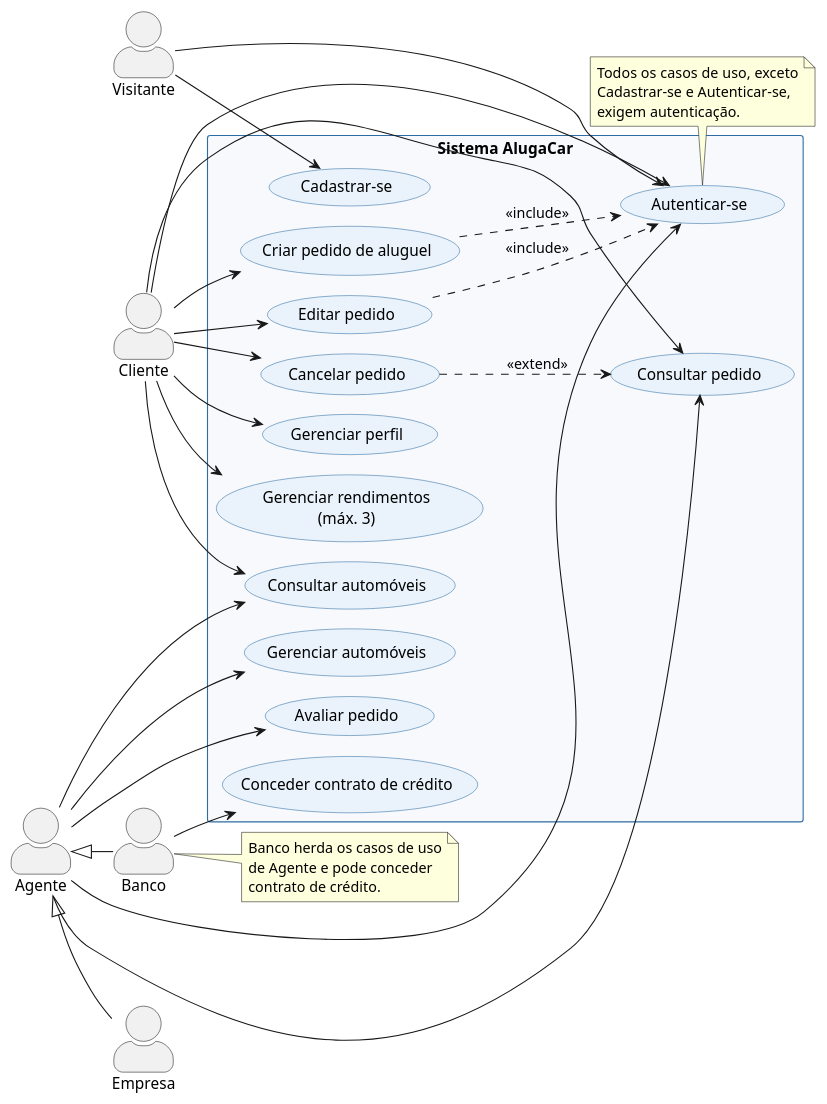
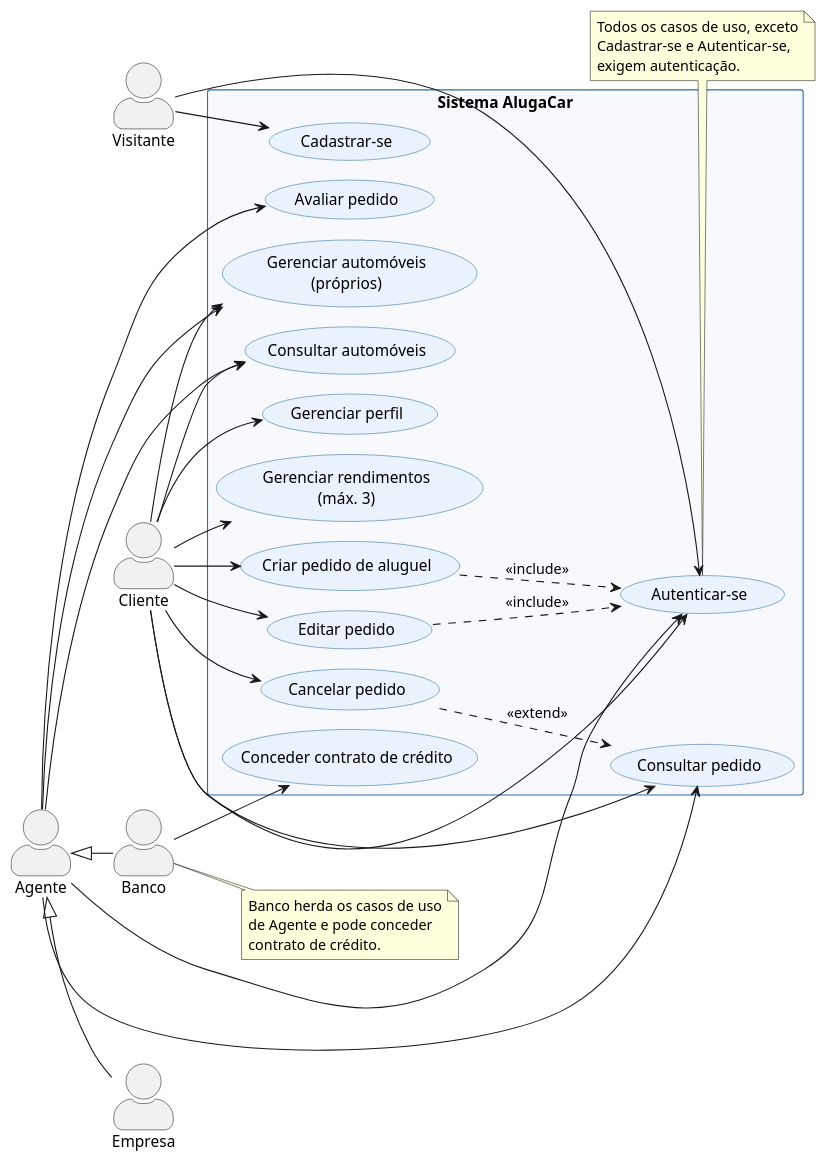
One commit to sophiaferreira1a/AlugaCar changed the diagram in docs/uml/casos-de-uso.puml. Above: the diagram before and after it, drawn with PlantUML. The commit also changed 19 other files, not shown here.

```diff
--- a/docs/uml/casos-de-uso.puml
+++ b/docs/uml/casos-de-uso.puml
@@ -1,76 +1,77 @@
 @startuml casos-de-uso
 !pragma layout smetana
 
 left to right direction
 skinparam backgroundColor #FFFFFF
 skinparam shadowing false
 skinparam actorStyle awesome
 skinparam usecase {
   BackgroundColor #EAF3FB
   BorderColor #2E6DA4
 }
 skinparam rectangle {
   BackgroundColor #F7F9FC
   BorderColor #2E6DA4
 }
 
 actor "Visitante" as visitante
 actor "Cliente" as cliente
 actor "Agente" as agente
 actor "Empresa" as empresa
 actor "Banco" as banco
 
 agente <|-- empresa
 agente <|-- banco
 
 rectangle "Sistema AlugaCar" {
   usecase "Cadastrar-se" as UC01
   usecase "Autenticar-se" as UC02
   usecase "Gerenciar perfil" as UC03
   usecase "Gerenciar rendimentos\n(máx. 3)" as UC04
   usecase "Consultar automóveis" as UC05
   usecase "Criar pedido de aluguel" as UC06
   usecase "Editar pedido" as UC07
   usecase "Consultar pedido" as UC08
   usecase "Cancelar pedido" as UC09
-  usecase "Gerenciar automóveis" as UC10
+  usecase "Gerenciar automóveis\n(próprios)" as UC10
   usecase "Avaliar pedido" as UC11
   usecase "Conceder contrato de crédito" as UC12
 }
 
 visitante --> UC01
 visitante --> UC02
 
 cliente --> UC02
 cliente --> UC03
 cliente --> UC04
 cliente --> UC05
 cliente --> UC06
 cliente --> UC07
 cliente --> UC08
 cliente --> UC09
+cliente --> UC10
 
 agente --> UC02
 agente --> UC05
 agente --> UC08
 agente --> UC10
 agente --> UC11
 banco --> UC12
 
 UC06 ..> UC02 : <<include>>
 UC07 ..> UC02 : <<include>>
 UC09 ..> UC08 : <<extend>>
 
 note bottom of UC02
   Todos os casos de uso, exceto
   Cadastrar-se e Autenticar-se,
   exigem autenticação.
 end note
 
 note right of banco
   Banco herda os casos de uso
   de Agente e pode conceder
   contrato de crédito.
 end note
 
 @enduml
```
